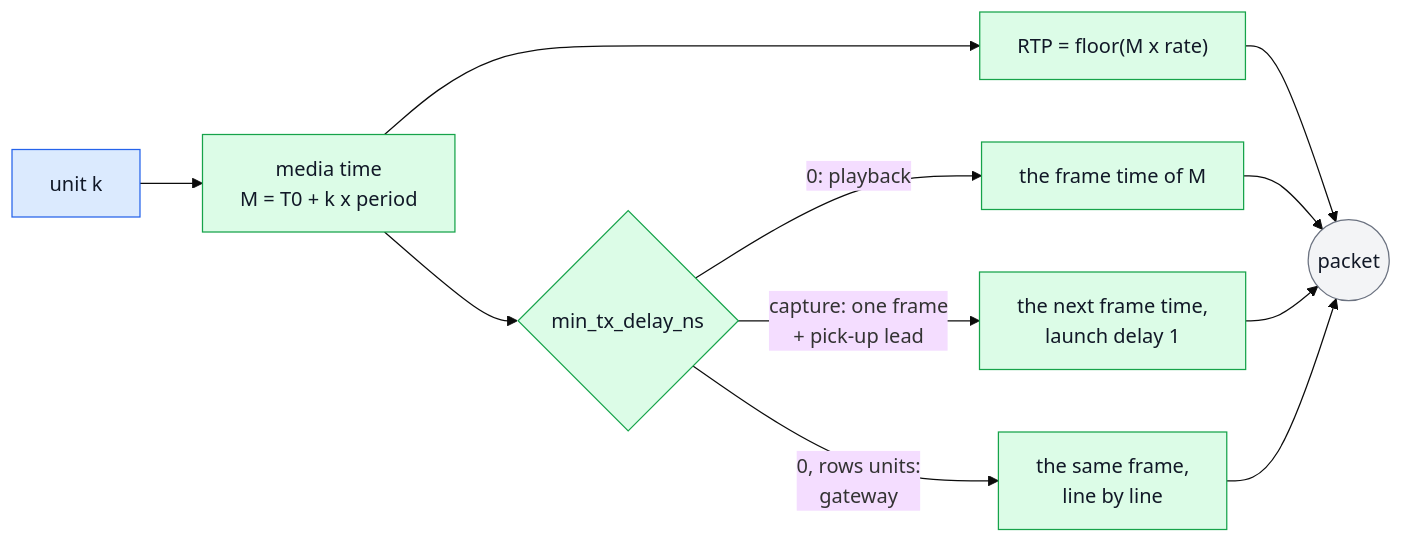
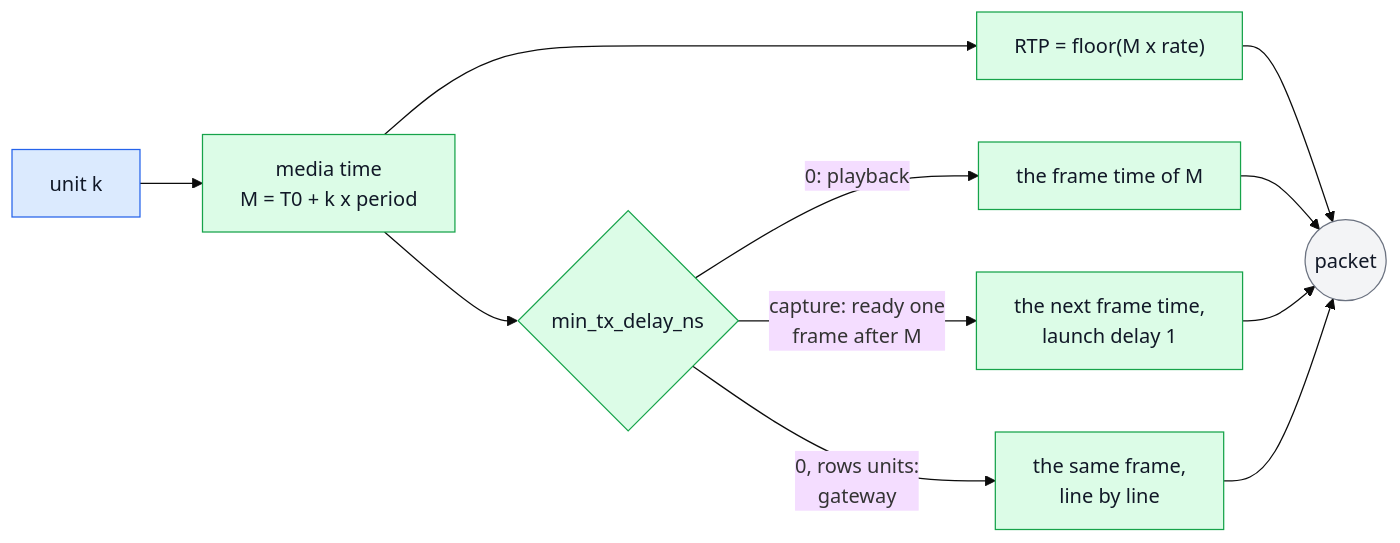
One commit to OpenVisualCloud/Media-Transport-Library changed the eighth of 8 diagrams in doc/unified-api/concepts.md. Above: the diagram before and after it, drawn with Mermaid (base theme). The commit also changed other lines of this file and 58 other files, not shown here.

````diff
--- a/doc/unified-api/concepts.md
+++ b/doc/unified-api/concepts.md
@@ -701,16 +707,16 @@
 ```mermaid
 flowchart LR
     K["unit k"]:::app --> M["media time<br/>M = T0 + k x period"]:::mtl
     M --> RTP["RTP = floor(M x rate)"]:::mtl
     M --> D{"min_tx_delay_ns"}:::mtl
     D -->|"0: playback"| P["the frame time of M"]:::mtl
-    D -->|"capture: one frame<br/>+ pick-up lead"| C["the next frame time,<br/>launch delay 1"]:::mtl
+    D -->|"capture: ready one<br/>frame after M"| C["the next frame time,<br/>launch delay 1"]:::mtl
     D -->|"0, rows units:<br/>gateway"| G["the same frame,<br/>line by line"]:::mtl
     RTP --> W(("packet")):::net
     P --> W
     C --> W
     G --> W
     classDef app fill:#dbeafe,stroke:#2563eb,color:#111827
     classDef mtl fill:#dcfce7,stroke:#16a34a,color:#111827
     classDef net fill:#f3f4f6,stroke:#6b7280,color:#111827
 ```
````
